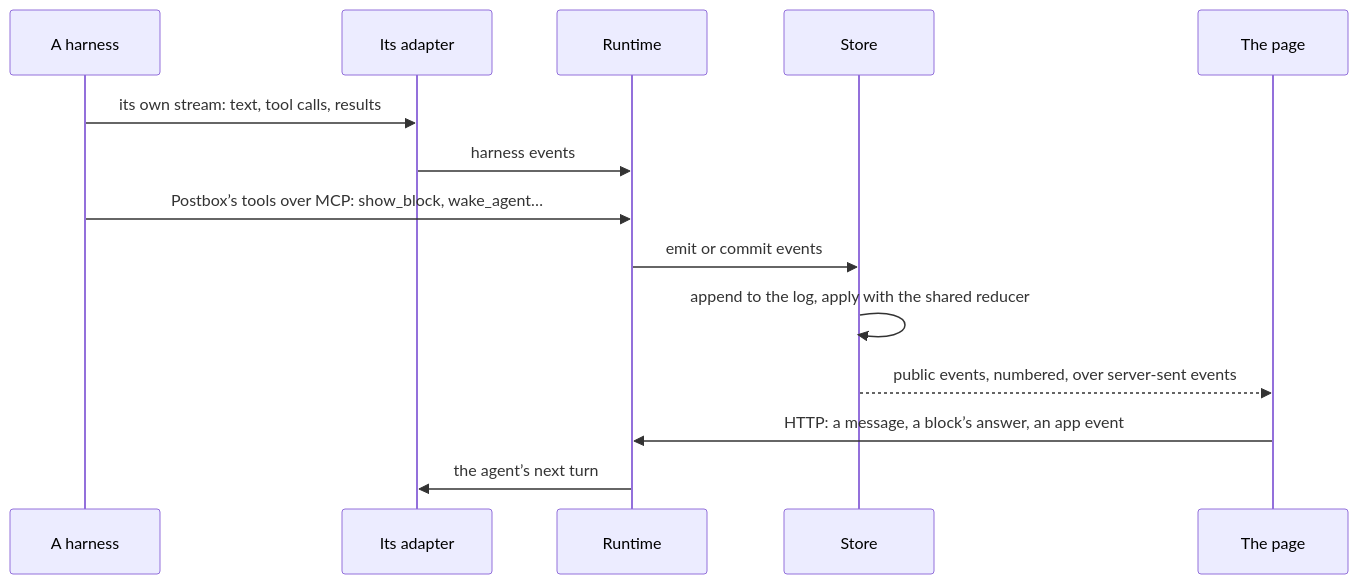
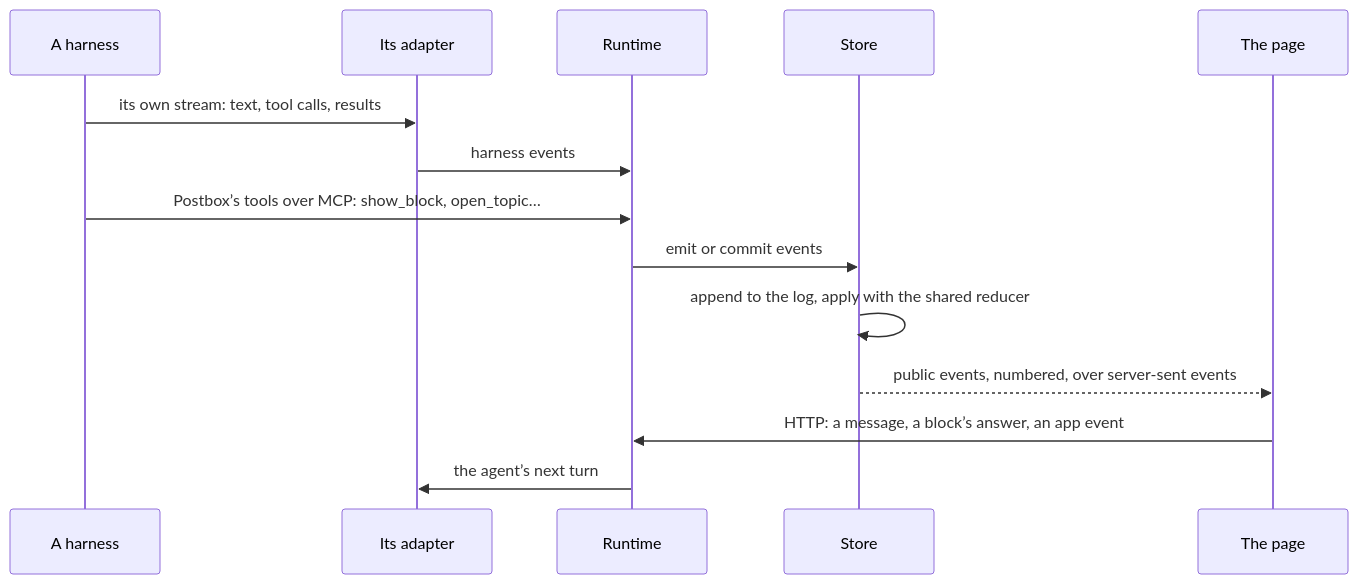
One commit to HJeon139/postbox changed the second of 2 diagrams in designs/architecture.md. Above: the diagram before and after it, drawn with Mermaid. The commit also changed 3 other files, not shown here.

First line of the commit message:
docs: an @-mention is the only way one agent wakes another, in intent, backends and the diagrams

````diff
--- a/designs/architecture.md
+++ b/designs/architecture.md
@@ -58,16 +58,16 @@
 ```mermaid
 sequenceDiagram
   participant H as A harness
   participant A as Its adapter
   participant R as Runtime
   participant S as Store
   participant P as The page
   H->>A: its own stream: text, tool calls, results
   A->>R: harness events
-  H->>R: Postbox’s tools over MCP: show_block, wake_agent…
+  H->>R: Postbox’s tools over MCP: show_block, open_topic…
   R->>S: emit or commit events
   S->>S: append to the log, apply with the shared reducer
   S-->>P: public events, numbered, over server-sent events
   P->>R: HTTP: a message, a block’s answer, an app event
   R->>A: the agent’s next turn
 ```
````
